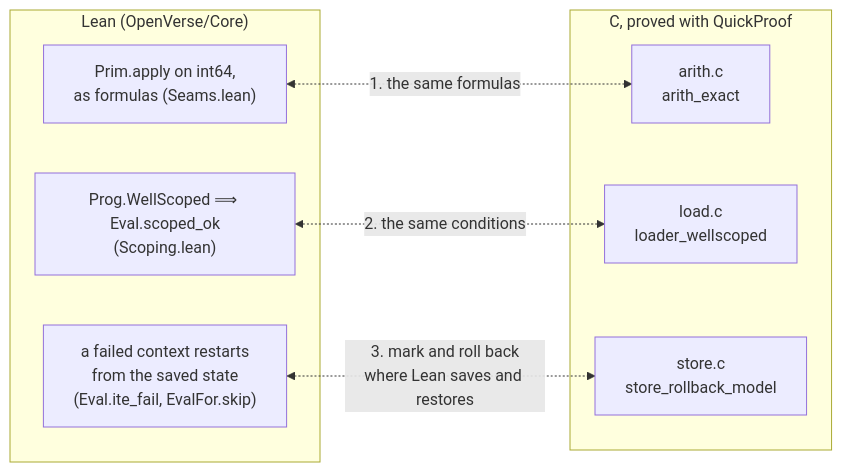
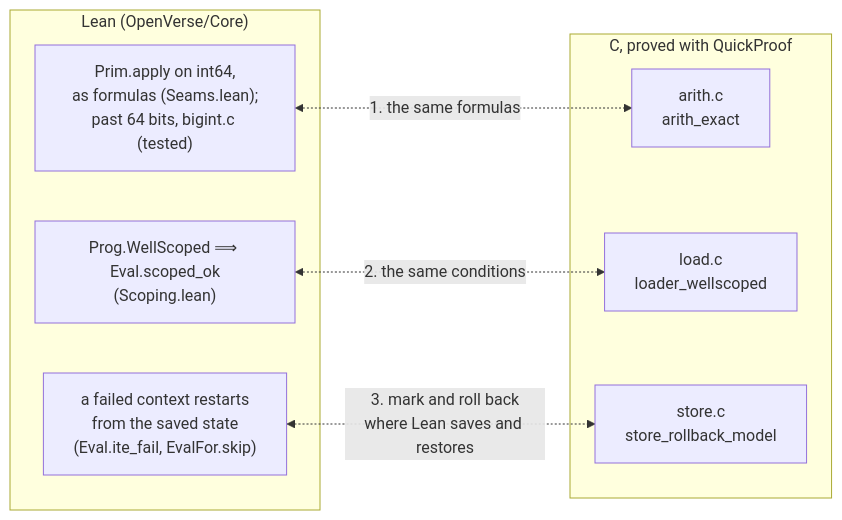
Before and after one commit to rudi-cilibrasi/openverse: the diagram in docs/SEAMS.md, drawn with Mermaid. The commit also changed other lines of this file and 70 other files, not shown here.

````diff
--- a/docs/SEAMS.md
+++ b/docs/SEAMS.md
@@ -14,16 +14,16 @@
 ```mermaid
 flowchart LR
     subgraph lean["Lean (OpenVerse/Core)"]
-        L1["Prim.apply on int64,<br/>as formulas (Seams.lean)"]
+        L1["Prim.apply on int64,<br/>as formulas (Seams.lean);<br/>past 64 bits, bigint.c (tested)"]
         L2["Prog.WellScoped ⟹ Eval.scoped_ok<br/>(Scoping.lean)"]
         L3["a failed context restarts<br/>from the saved state<br/>(Eval.ite_fail, EvalFor.skip)"]
     end
     subgraph c["C, proved with QuickProof"]
         C1["arith.c<br/>arith_exact"]
         C2["load.c<br/>loader_wellscoped"]
         C3["store.c<br/>store_rollback_model"]
     end
     L1 <-. "1. the same formulas" .-> C1
     L2 <-. "2. the same conditions" .-> C2
     L3 <-. "3. mark and roll back<br/>where Lean saves and restores" .-> C3
 ```
````
